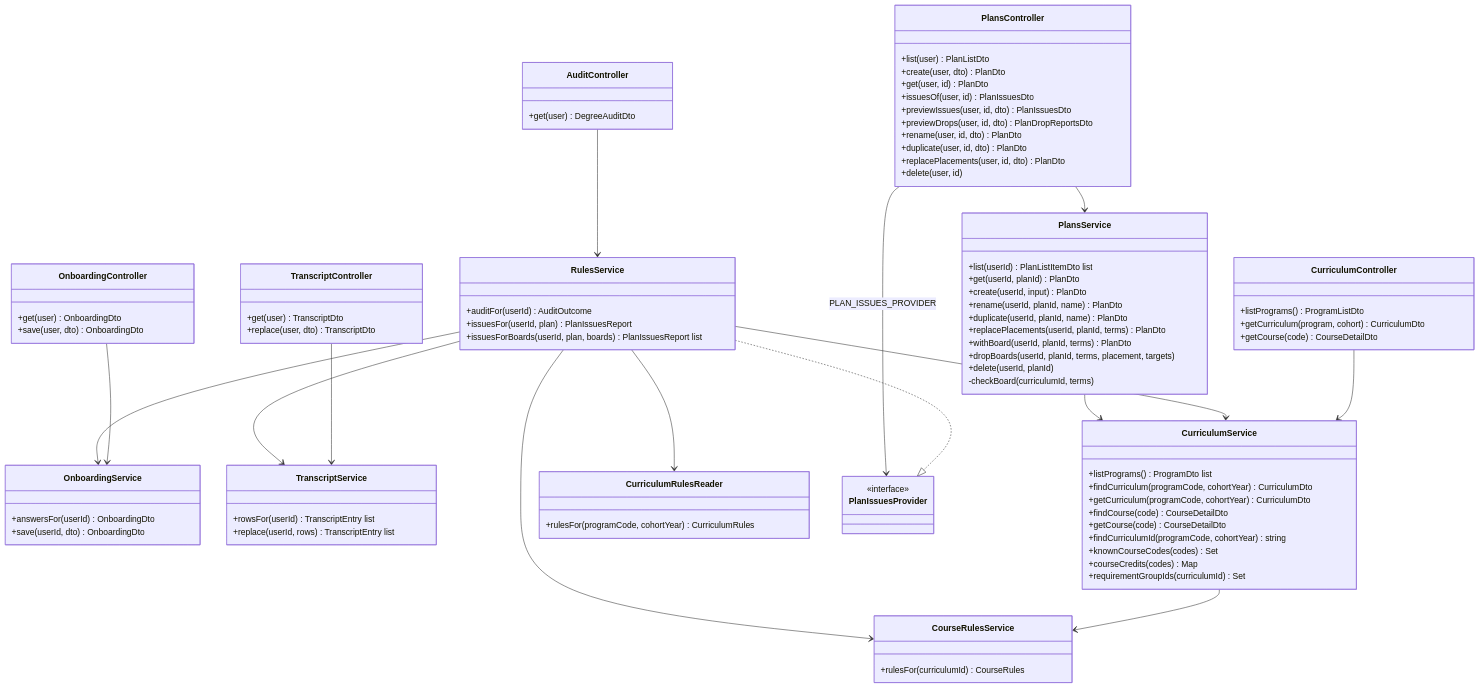
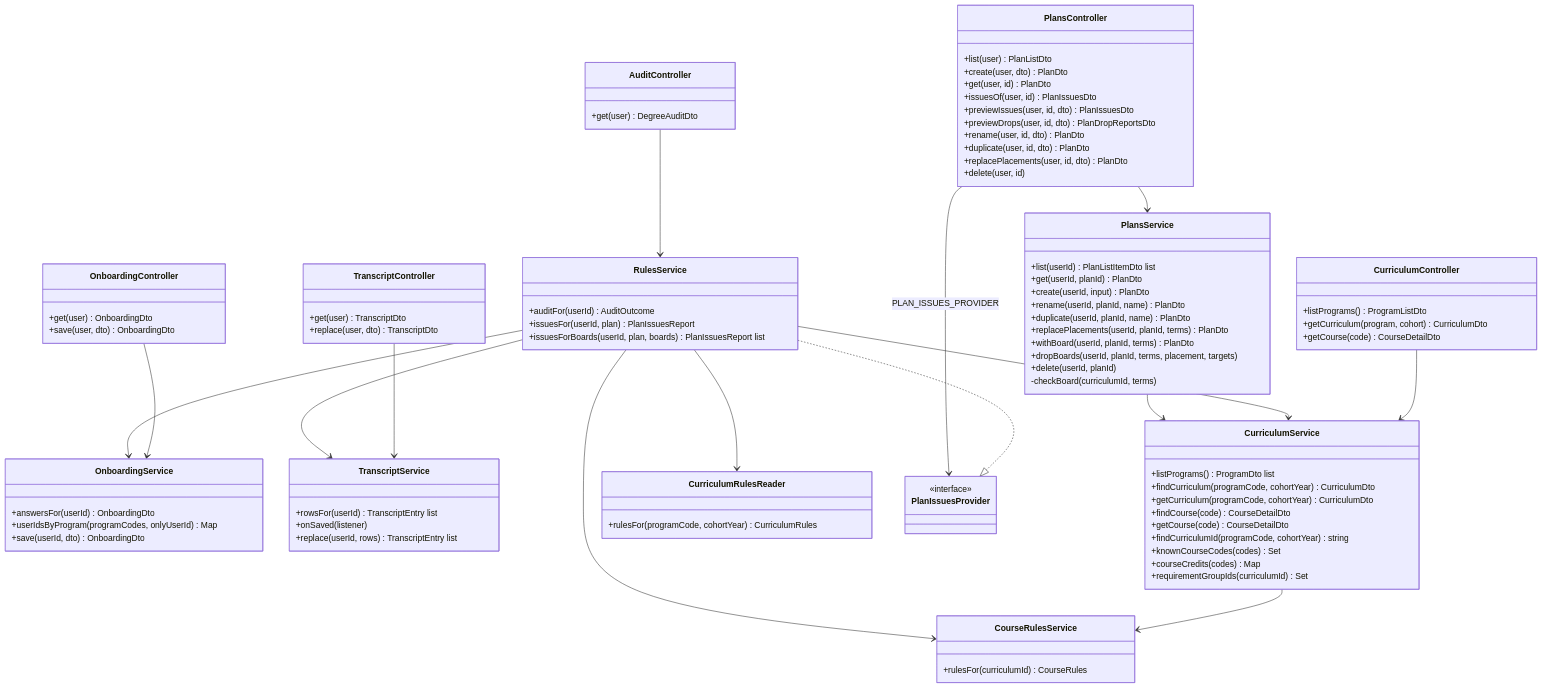
Before and after one commit to LLaammTTeerr/omnicourses: diagram 13 of 17 in docs/analysis-and-design/class-model.md, drawn with Mermaid. The commit also changed other lines of this file and 3 other files, not shown here.

```diff
--- a/docs/analysis-and-design/class-model.md
+++ b/docs/analysis-and-design/class-model.md
@@ -883,6 +926,7 @@
     }
     class OnboardingService {
         +answersFor(userId) OnboardingDto
+        +userIdsByProgram(programCodes, onlyUserId) Map
         +save(userId, dto) OnboardingDto
     }
     class TranscriptController {
@@ -891,6 +935,7 @@
     }
     class TranscriptService {
         +rowsFor(userId) TranscriptEntry list
+        +onSaved(listener)
         +replace(userId, rows) TranscriptEntry list
     }
     class CurriculumController {
```
